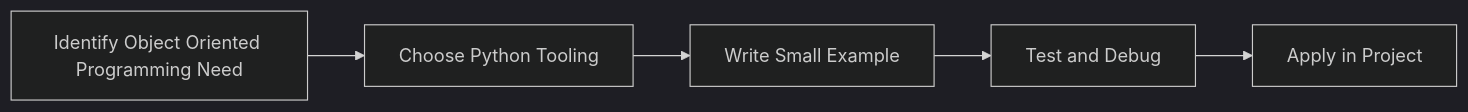
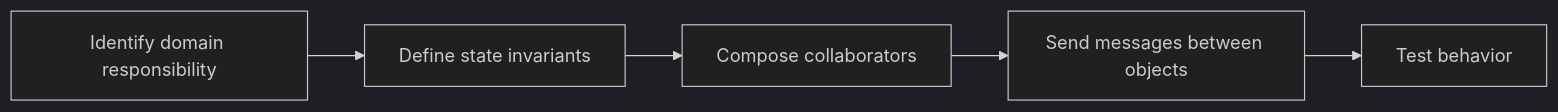
One commit to SYMOIZ/E-Learning-Portal changed the diagram in Python-Mastery/Intermediate/01-object-oriented-programming.md. Above: the diagram before and after it, drawn with Mermaid (dark theme). The commit also changed other lines of this file and 116 other files, not shown here.

````diff
--- a/Python-Mastery/Intermediate/01-object-oriented-programming.md
+++ b/Python-Mastery/Intermediate/01-object-oriented-programming.md
@@ -150,7 +171,7 @@
 ```mermaid
 flowchart LR
-    A[Identify Object Oriented Programming Need] --> B[Choose Python Tooling]
-    B --> C[Write Small Example]
-    C --> D[Test and Debug]
-    D --> E[Apply in Project]
+    A[Identify domain responsibility] --> B[Define state invariants]
+    B --> C[Compose collaborators]
+    C --> D[Send messages between objects]
+    D --> E[Test behavior]
 ```
````
